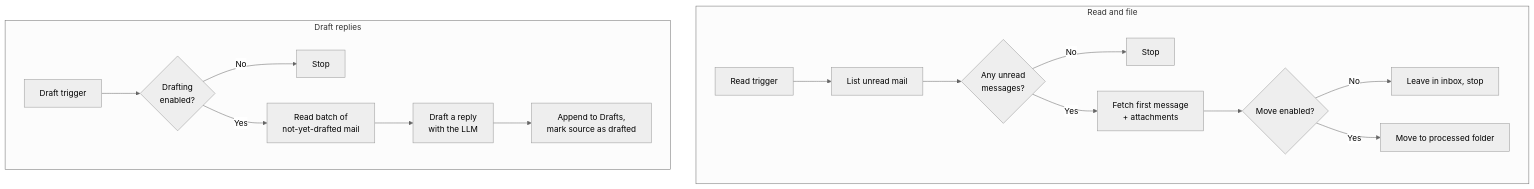
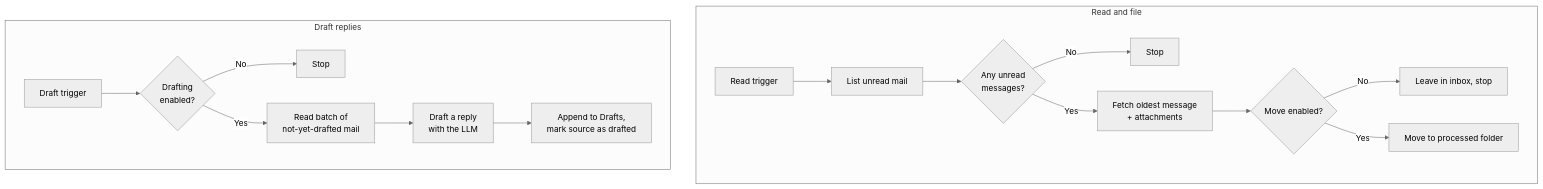
The diagram in docs/docs/2_platform/5_agents/11_email_agent/index.en.md (bbvch-ai/aihub-core), drawn with Mermaid (neutral theme) before and after one commit. The commit also changed other lines of this file and 5 other files, not shown here.

````diff
--- a/docs/docs/2_platform/5_agents/11_email_agent/index.en.md
+++ b/docs/docs/2_platform/5_agents/11_email_agent/index.en.md
@@ -37,20 +37,20 @@
 ```mermaid
 flowchart TD
     subgraph read [Read and file]
         A[Read trigger] --> B[List unread mail]
         B --> C{Any unread<br/>messages?}
         C -- No --> D[Stop]
-        C -- Yes --> E[Fetch first message<br/>+ attachments]
+        C -- Yes --> E[Fetch oldest message<br/>+ attachments]
         E --> F{Move enabled?}
         F -- No --> G[Leave in inbox, stop]
         F -- Yes --> H[Move to processed folder]
     end
 
     subgraph draft [Draft replies]
         I[Draft trigger] --> J{Drafting<br/>enabled?}
         J -- No --> K[Stop]
         J -- Yes --> L[Read batch of<br/>not-yet-drafted mail]
         L --> M[Draft a reply<br/>with the LLM]
         M --> N[Append to Drafts,<br/>mark source as drafted]
     end
 ```
````
